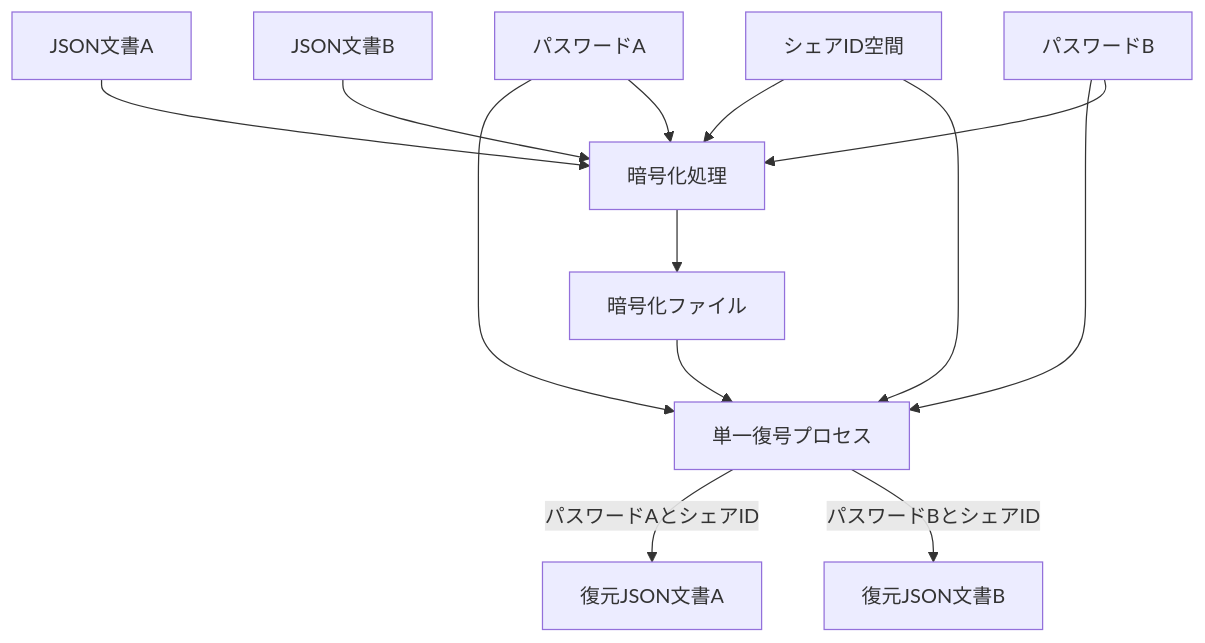
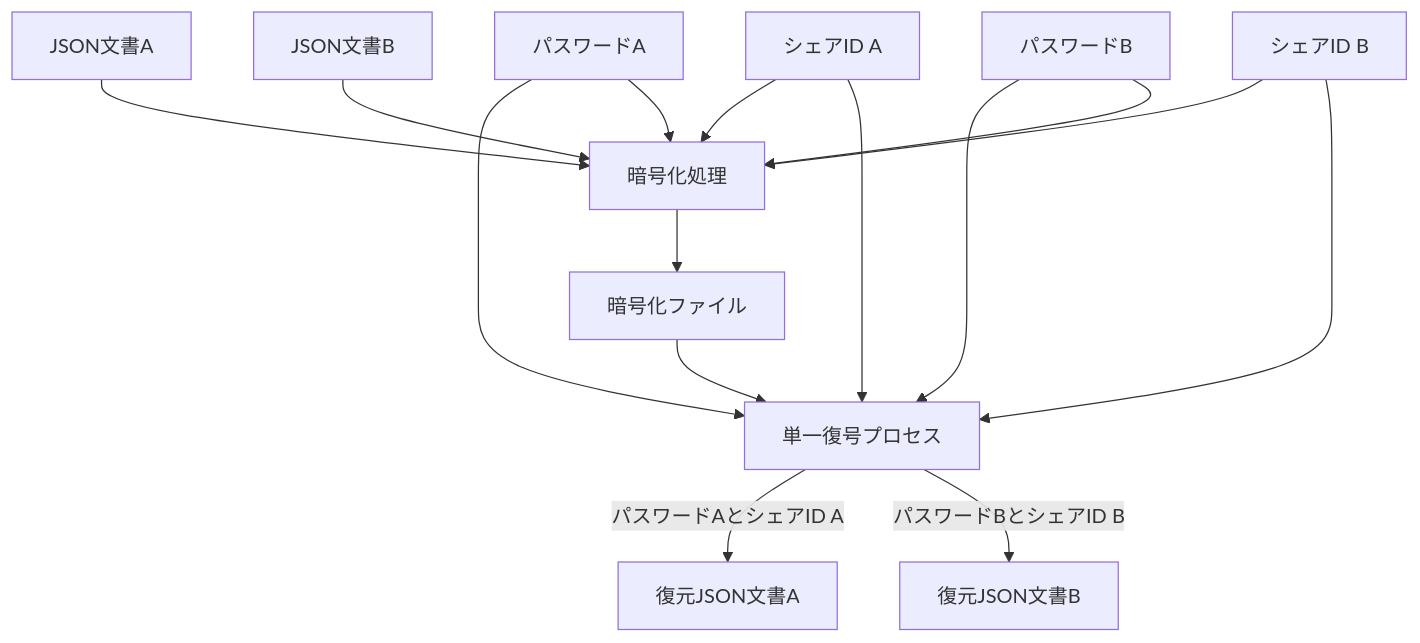
One commit to pacific-system/secret-sharing-demos-20250510 changed the first of 2 diagrams in docs/method_11_rabbit_homomorphic_docs/chapters/02_architecture.md. Above: the diagram before and after it, drawn with Mermaid. The commit also changed other lines of this file and 1 other file, not shown here.

````diff
--- a/docs/method_11_rabbit_homomorphic_docs/chapters/02_architecture.md
+++ b/docs/method_11_rabbit_homomorphic_docs/chapters/02_architecture.md
@@ -16,15 +16,17 @@
 ```mermaid
 graph TD
     A[JSON文書A] --> C[暗号化処理]
     B[JSON文書B] --> C
     C --> D[暗号化ファイル]
     D --> E[単一復号プロセス]
     J[パスワードA] --> E
     K[パスワードB] --> E
-    I[シェアID空間] --> C
-    I --> E
-    E -- パスワードAとシェアID --> G[復元JSON文書A]
-    E -- パスワードBとシェアID --> H[復元JSON文書B]
+    IA[シェアID A] --> C
+    IB[シェアID B] --> C
+    IA --> E
+    IB --> E
+    E -- パスワードAとシェアID A --> G[復元JSON文書A]
+    E -- パスワードBとシェアID B --> H[復元JSON文書B]
     J --> C
     K --> C
 ```
````
